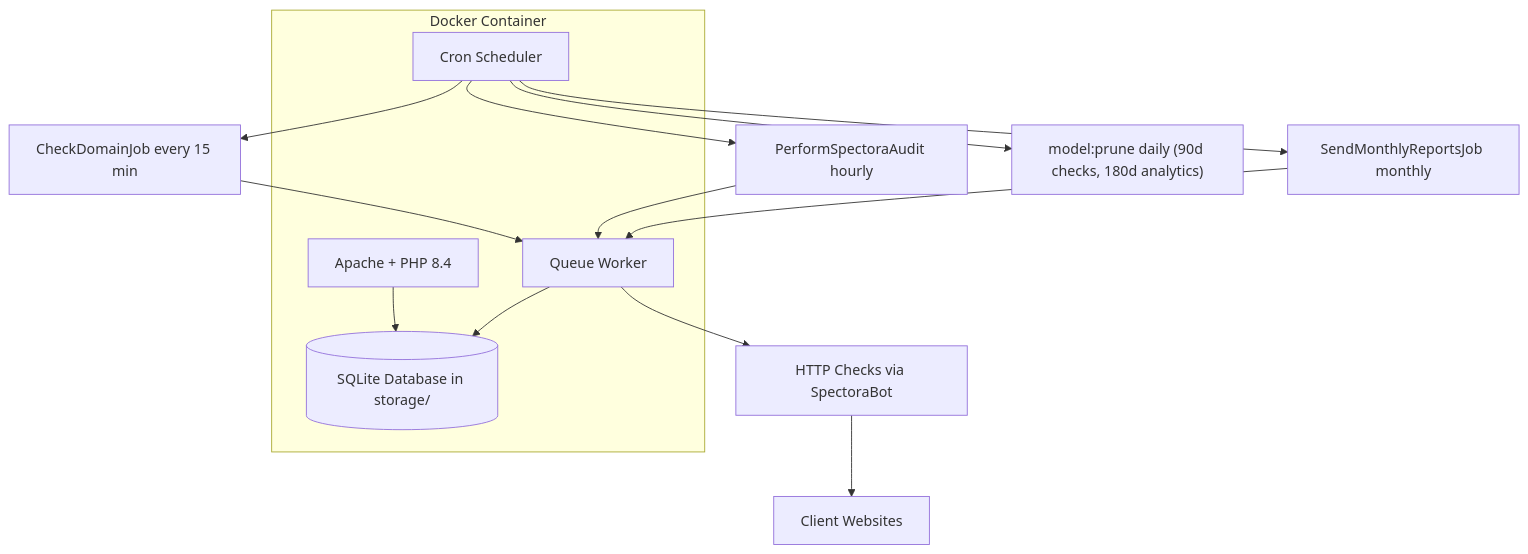
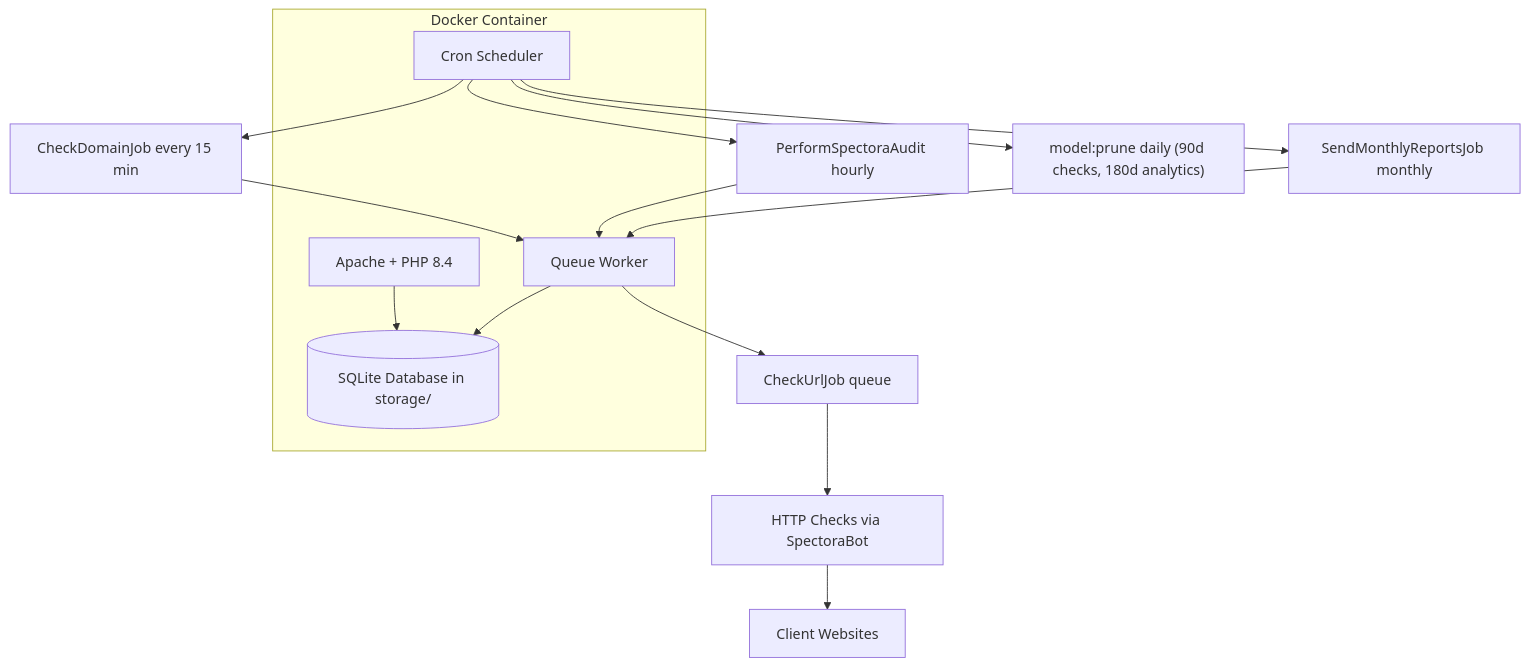
The diagram in README.md (Everlite/Spectora-Website-Monitoring-Suite), drawn with Mermaid before and after one commit. The commit also changed other lines of this file and 12 other files, not shown here.

````diff
--- a/README.md
+++ b/README.md
@@ -80,24 +83,25 @@
 ```mermaid
 graph TD
     subgraph Docker Container
         A[Apache + PHP 8.4]
         B[Cron Scheduler]
         C[Queue Worker]
         D[(SQLite Database in storage/)]
     end
 
     B --> E[CheckDomainJob every 15 min]
     B --> F[PerformSpectoraAudit hourly]
     B --> G[SendMonthlyReportsJob monthly]
     B --> H["model:prune daily (90d checks, 180d analytics)"]
 
     E --> C
     F --> C
     G --> C
 
-    C --> I[HTTP Checks via SpectoraBot]
-    I --> J[Client Websites]
+    C --> I[CheckUrlJob queue]
+    I --> J[HTTP Checks via SpectoraBot]
+    J --> K[Client Websites]
 
     A --> D
     C --> D
 ```
````
